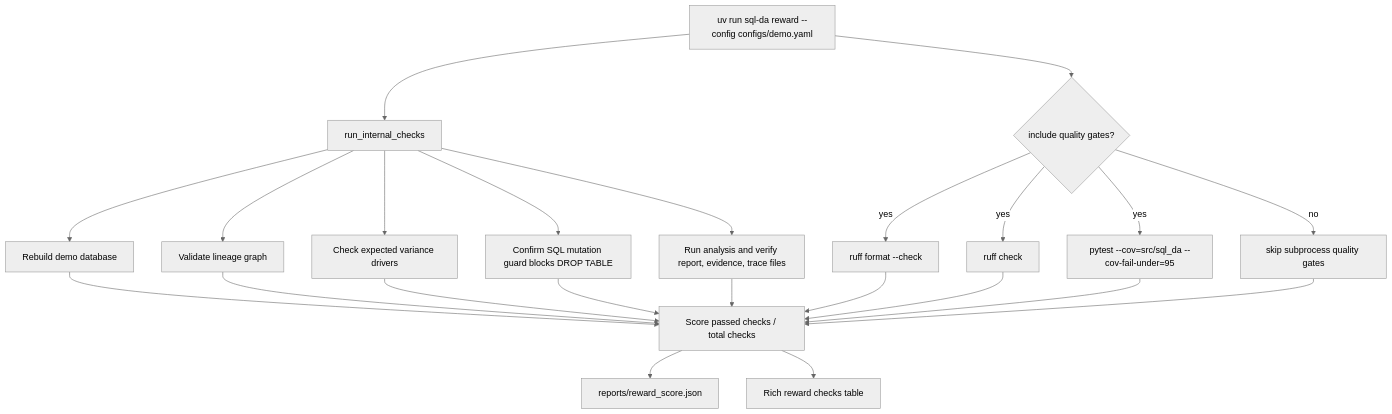
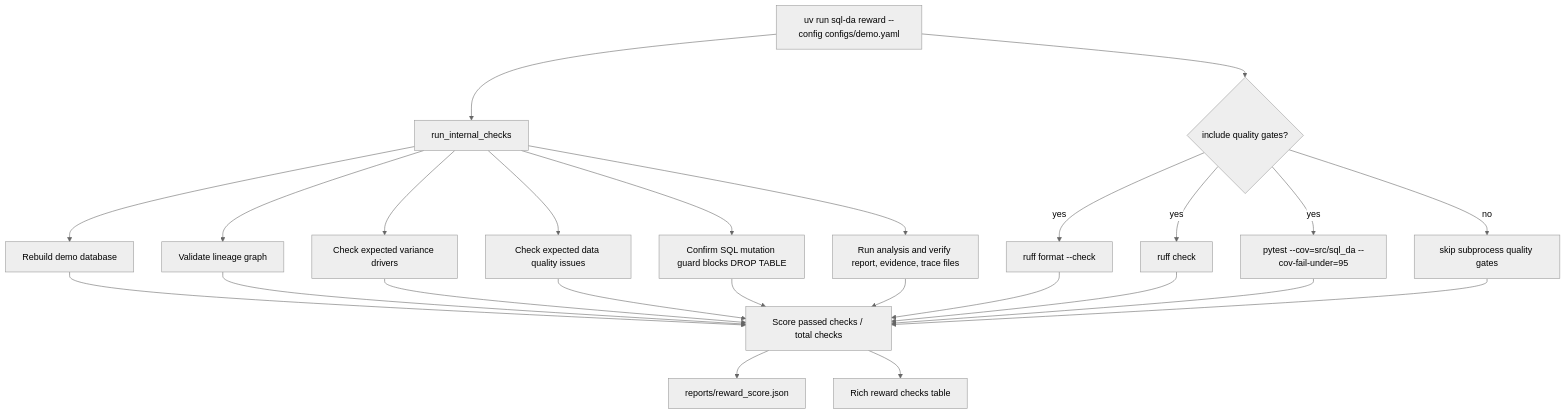
Before and after one commit to gustavorubim/sql-da: the eighth of 8 diagrams in README.md, drawn with Mermaid (neutral theme). The commit also changed other lines of this file and 15 other files, not shown here.

First line of the commit message:
docs: Update README with data quality features and adjusted demo dataset

````diff
--- a/README.md
+++ b/README.md
@@ -398,28 +429,30 @@
 ```mermaid
 flowchart TB
     RewardStart["uv run sql-da reward --config configs/demo.yaml"] --> Internal["run_internal_checks"]
     Internal --> Rebuild["Rebuild demo database"]
     Internal --> ValidateGraph["Validate lineage graph"]
     Internal --> DetectDrivers["Check expected variance drivers"]
+    Internal --> DetectDQ["Check expected data quality issues"]
     Internal --> SQLGuard["Confirm SQL mutation guard blocks DROP TABLE"]
     Internal --> ArtifactCheck["Run analysis and verify report, evidence, trace files"]
 
     RewardStart --> Quality{"include quality gates?"}
     Quality -->|yes| RuffFormat["ruff format --check"]
     Quality -->|yes| RuffCheck["ruff check"]
     Quality -->|yes| Pytest["pytest --cov=src/sql_da --cov-fail-under=95"]
     Quality -->|no| Skip["skip subprocess quality gates"]
 
     Rebuild --> Score["Score passed checks / total checks"]
     ValidateGraph --> Score
     DetectDrivers --> Score
+    DetectDQ --> Score
     SQLGuard --> Score
     ArtifactCheck --> Score
     RuffFormat --> Score
     RuffCheck --> Score
     Pytest --> Score
     Skip --> Score
 
     Score --> RewardJson["reports/reward_score.json"]
     Score --> RichTable["Rich reward checks table"]
 ```
````
